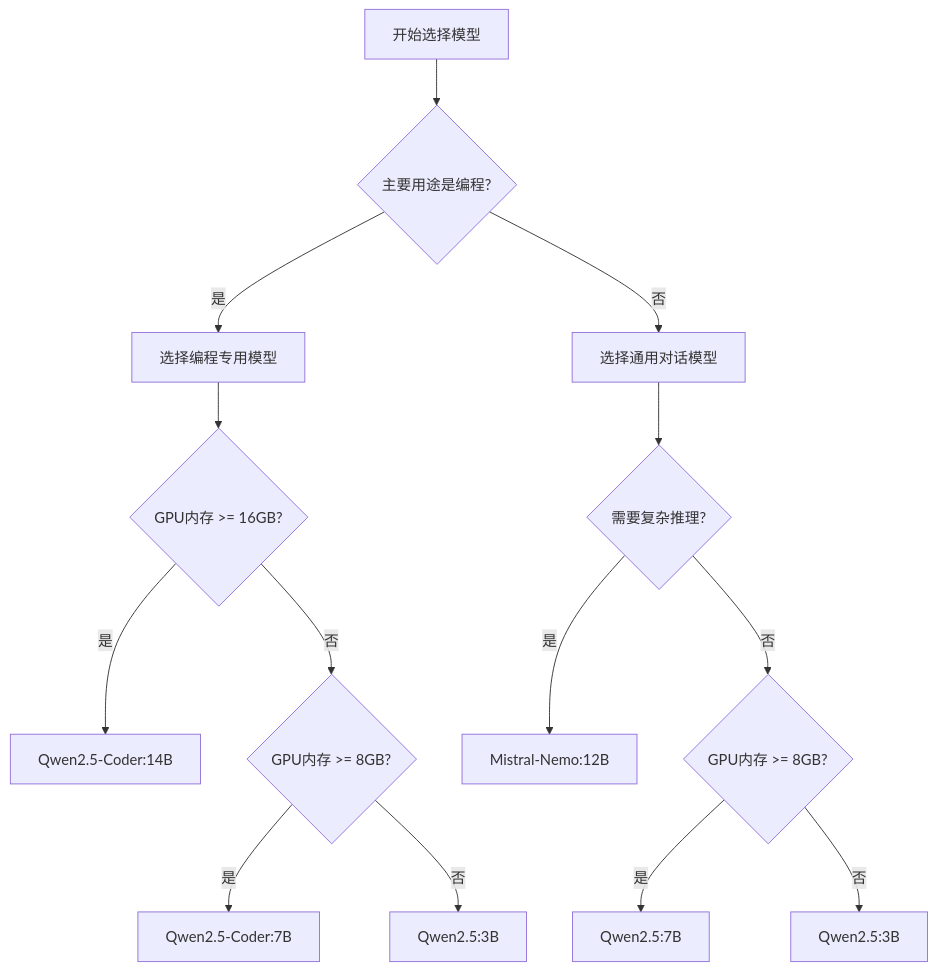
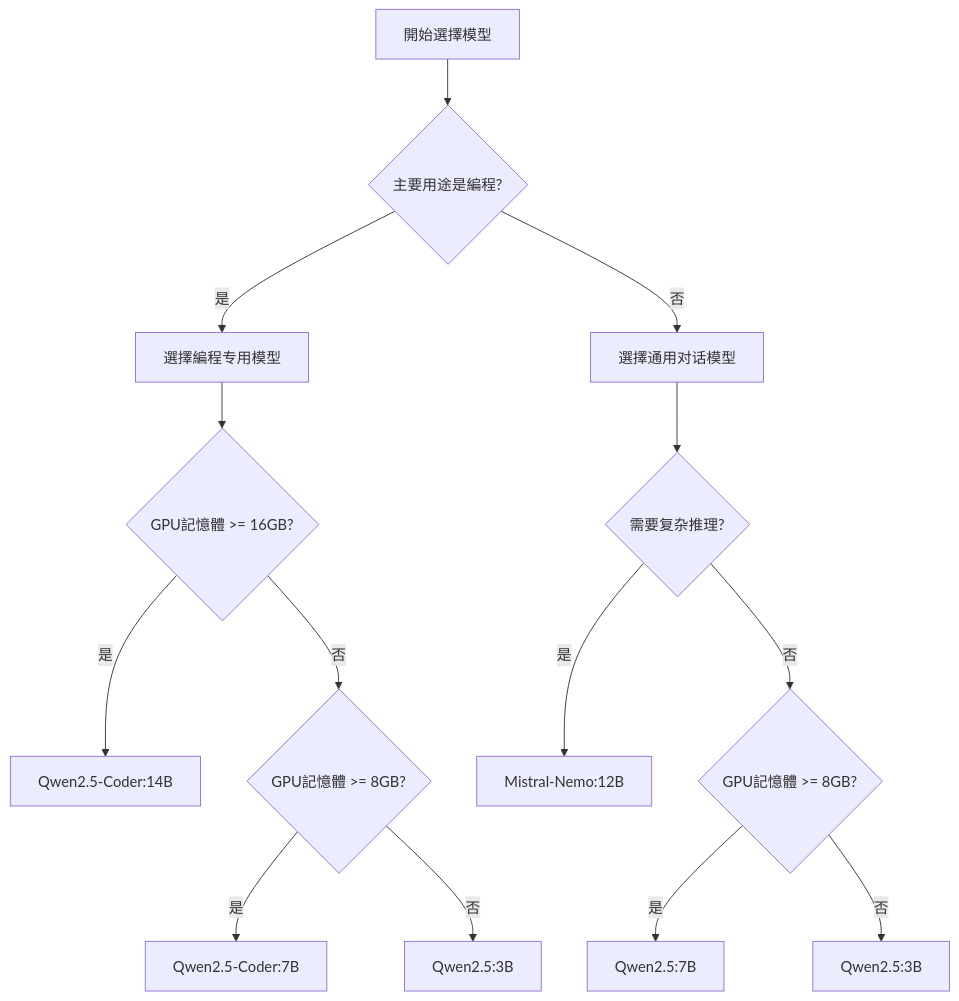
One commit to kmjade/knowledge-value changed the diagram in 3 Resources/03-Productivity/工作技巧/OpenCode+Ollama集成指南/闪念：如何在OpenCode中使用本地大模型.md. Above: the diagram before and after it, drawn with Mermaid. The commit also changed other lines of this file and 653 other files, not shown here.

````diff
--- a/3 Resources/03-Productivity/工作技巧/OpenCode+Ollama集成指南/闪念：如何在OpenCode中使用本地大模型.md
+++ b/3 Resources/03-Productivity/工作技巧/OpenCode+Ollama集成指南/闪念：如何在OpenCode中使用本地大模型.md
@@ -282,18 +282,18 @@
 ```mermaid
 graph TD
-    A[开始选择模型] --> B{主要用途是编程?}
-    B -->|是| C[选择编程专用模型]
-    B -->|否| D[选择通用对话模型]
+    A[開始選擇模型] --> B{主要用途是編程?}
+    B -->|是| C[選擇編程专用模型]
+    B -->|否| D[選擇通用对话模型]
     
-    C --> E{GPU内存 >= 16GB?}
+    C --> E{GPU記憶體 >= 16GB?}
     E -->|是| F[Qwen2.5-Coder:14B]
-    E -->|否| G{GPU内存 >= 8GB?}
+    E -->|否| G{GPU記憶體 >= 8GB?}
     G -->|是| H[Qwen2.5-Coder:7B]
     G -->|否| I[Qwen2.5:3B]
     
     D --> J{需要复杂推理?}
     J -->|是| K[Mistral-Nemo:12B]
-    J -->|否| L{GPU内存 >= 8GB?}
+    J -->|否| L{GPU記憶體 >= 8GB?}
     L -->|是| M[Qwen2.5:7B]
     L -->|否| N[Qwen2.5:3B]
 ```
````
